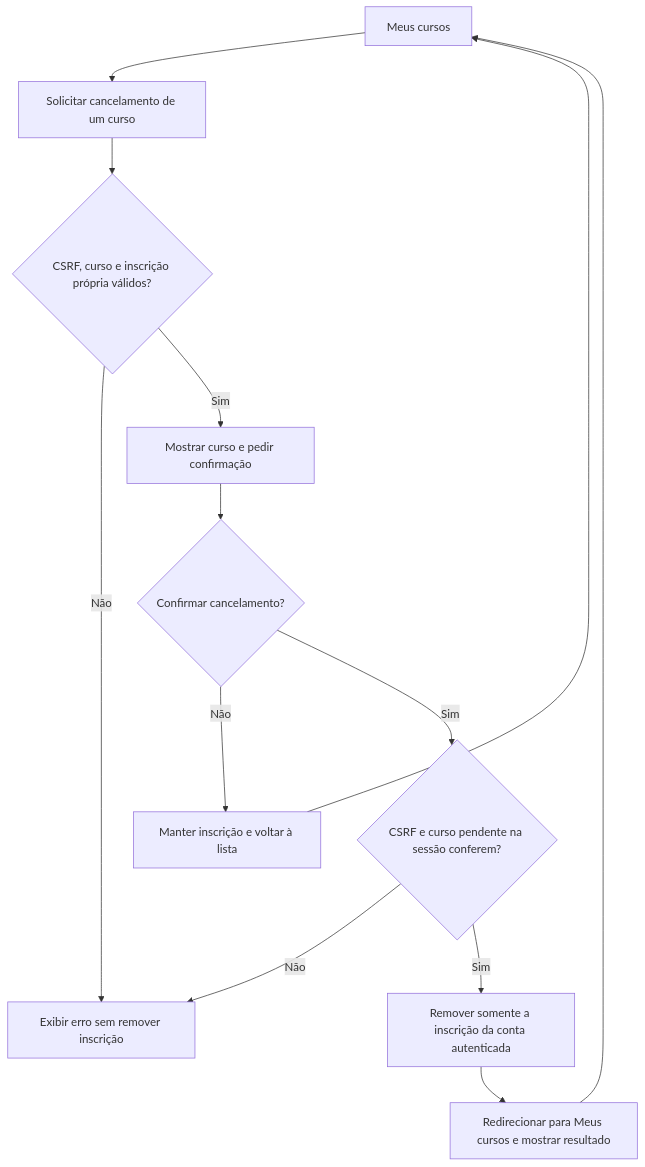
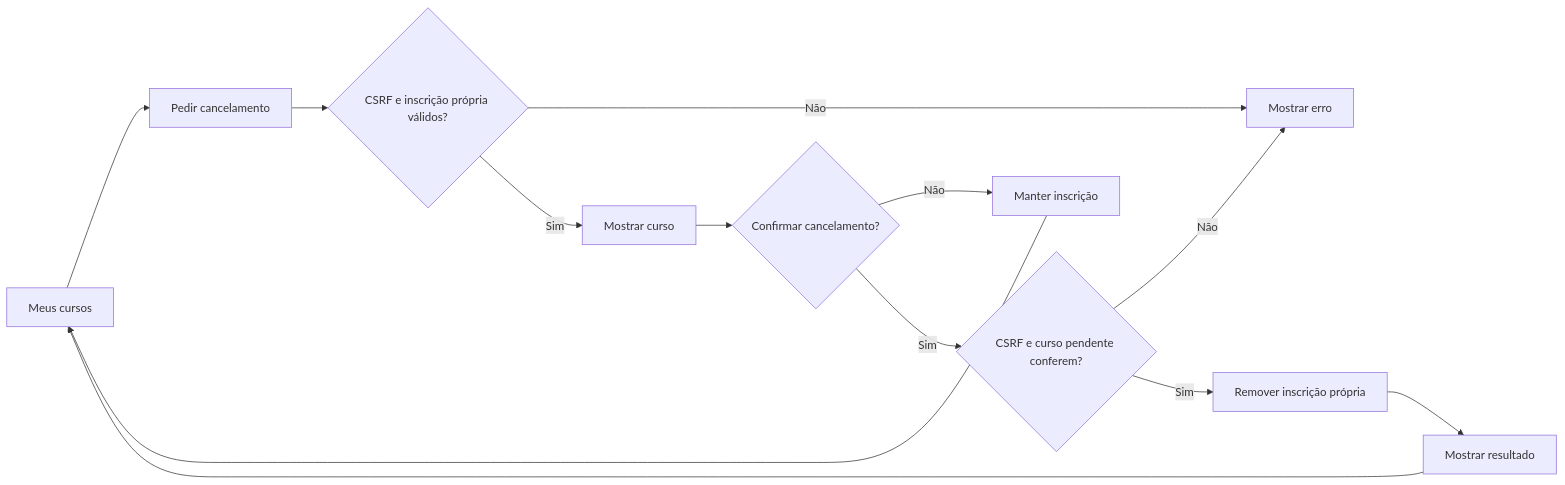
Before and after one commit to Matheus-Talasso-Gil/Impulsos-Cursos: the tenth of 21 diagrams in diagrama.md, drawn with Mermaid. The commit also changed other lines of this file and 1 other file, not shown here.

Commit message:
Atualizando o diagrama e criando o product backlog

````diff
--- a/diagrama.md
+++ b/diagrama.md
@@ -242,15 +269,15 @@
 ```mermaid
-flowchart TD
-    Meus["Meus cursos"] --> Pedir["Solicitar cancelamento de um curso"]
-    Pedir --> Validar{"CSRF, curso e inscrição própria válidos?"}
-    Validar -->|Não| Erro["Exibir erro sem remover inscrição"]
-    Validar -->|Sim| Conferir["Mostrar curso e pedir confirmação"]
-    Conferir --> Decisao{"Confirmar cancelamento?"}
-    Decisao -->|Não| Manter["Manter inscrição e voltar à lista"]
-    Decisao -->|Sim| Revalidar{"CSRF e curso pendente na sessão conferem?"}
-    Revalidar -->|Não| Erro
-    Revalidar -->|Sim| Remover["Remover somente a inscrição da conta autenticada"]
-    Remover --> Lista["Redirecionar para Meus cursos e mostrar resultado"]
+graph LR
+    Meus["Meus cursos"] --> Pedido["Pedir cancelamento"]
+    Pedido --> Validar{"CSRF e inscrição própria válidos?"}
+    Validar -->|Não| Erro["Mostrar erro"]
+    Validar -->|Sim| Curso["Mostrar curso"]
+    Curso --> Confirmar{"Confirmar cancelamento?"}
+    Confirmar -->|Não| Manter["Manter inscrição"]
     Manter --> Meus
-    Lista --> Meus
+    Confirmar -->|Sim| Conferir{"CSRF e curso pendente conferem?"}
+    Conferir -->|Não| Erro
+    Conferir -->|Sim| Remover["Remover inscrição própria"]
+    Remover --> Resultado["Mostrar resultado"]
+    Resultado --> Meus
 ```
````
